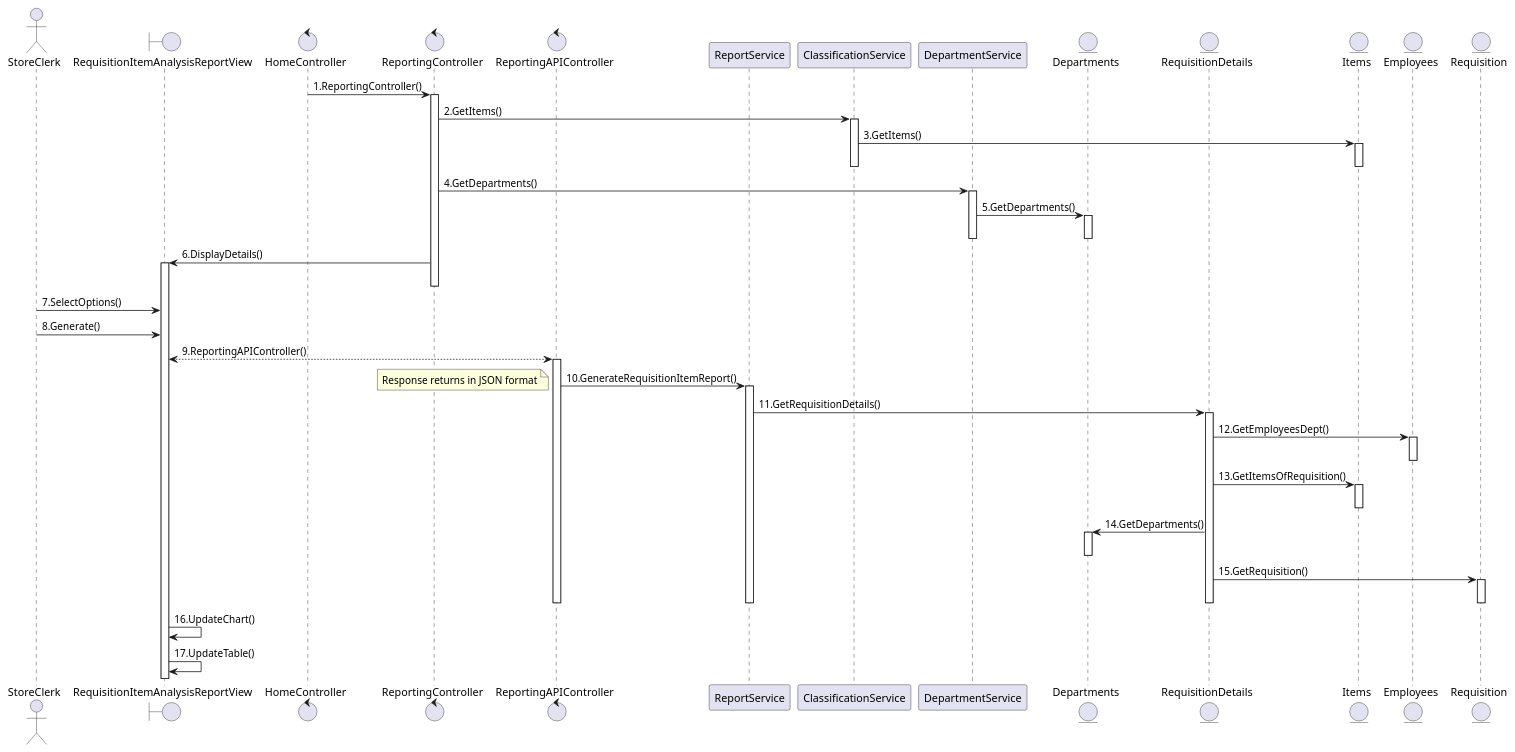
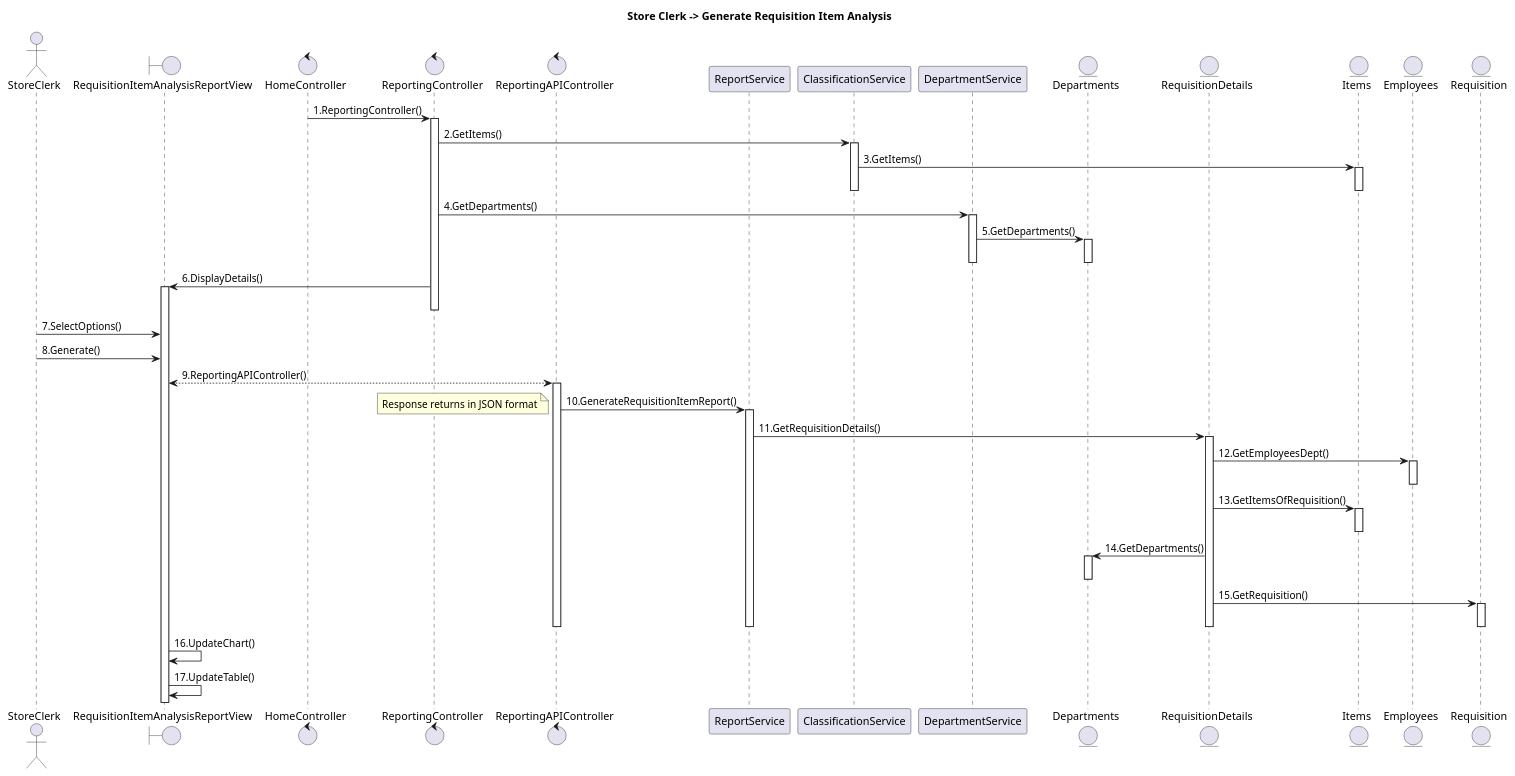
Before and after one commit to SA46Team5a/AD---ClassAndSequenceDiagram: the diagram in RequisitionItemAnalysisReport.wsd, drawn with PlantUML. The commit also changed 33 other files, not shown here.

Commit message:
added titles, requisitionPackage sequence diagram

```diff
--- a/RequisitionItemAnalysisReport.wsd
+++ b/RequisitionItemAnalysisReport.wsd
@@ -1,60 +1,61 @@
 @startuml
+title "Store Clerk -> Generate Requisition Item Analysis"
 actor StoreClerk
 boundary RequisitionItemAnalysisReportView
 control HomeController
 control ReportingController
 control ReportingAPIController
 Participant ReportService
 Participant ClassificationService
 Participant DepartmentService
 entity Departments
 entity RequisitionDetails
 entity Items
 entity Employees
 entity Requisition
 
 HomeController -> ReportingController: 1.ReportingController()
 activate ReportingController
 ReportingController -> ClassificationService : 2.GetItems()
 activate ClassificationService
 ClassificationService -> Items: 3.GetItems()
 activate Items
 deactivate Items
 deactivate ClassificationService
 ReportingController -> DepartmentService : 4.GetDepartments()
 activate DepartmentService
 DepartmentService -> Departments: 5.GetDepartments()
 activate Departments
 deactivate Departments
 deactivate DepartmentService
 ReportingController -> RequisitionItemAnalysisReportView: 6.DisplayDetails()
 activate  RequisitionItemAnalysisReportView
 deactivate ReportingController
 StoreClerk -> RequisitionItemAnalysisReportView: 7.SelectOptions()
 StoreClerk -> RequisitionItemAnalysisReportView: 8.Generate()
 RequisitionItemAnalysisReportView<-->ReportingAPIController: 9.ReportingAPIController()
 activate ReportingAPIController
 ReportingAPIController -> ReportService: 10.GenerateRequisitionItemReport()
 activate ReportService
 note left: Response returns in JSON format
 ReportService -> RequisitionDetails: 11.GetRequisitionDetails()
 activate RequisitionDetails
 RequisitionDetails->Employees: 12.GetEmployeesDept()
 activate Employees
 deactivate Employees
 RequisitionDetails->Items: 13.GetItemsOfRequisition()
 activate Items
 deactivate Items
 RequisitionDetails->Departments: 14.GetDepartments()
 activate Departments
 deactivate Departments
 RequisitionDetails->Requisition: 15.GetRequisition()
 activate Requisition
 deactivate Requisition
 deactivate RequisitionDetails
 deactivate ReportService
 deactivate ReportingAPIController
 RequisitionItemAnalysisReportView->RequisitionItemAnalysisReportView: 16.UpdateChart()
 RequisitionItemAnalysisReportView->RequisitionItemAnalysisReportView: 17.UpdateTable()
 
 @enduml
```
